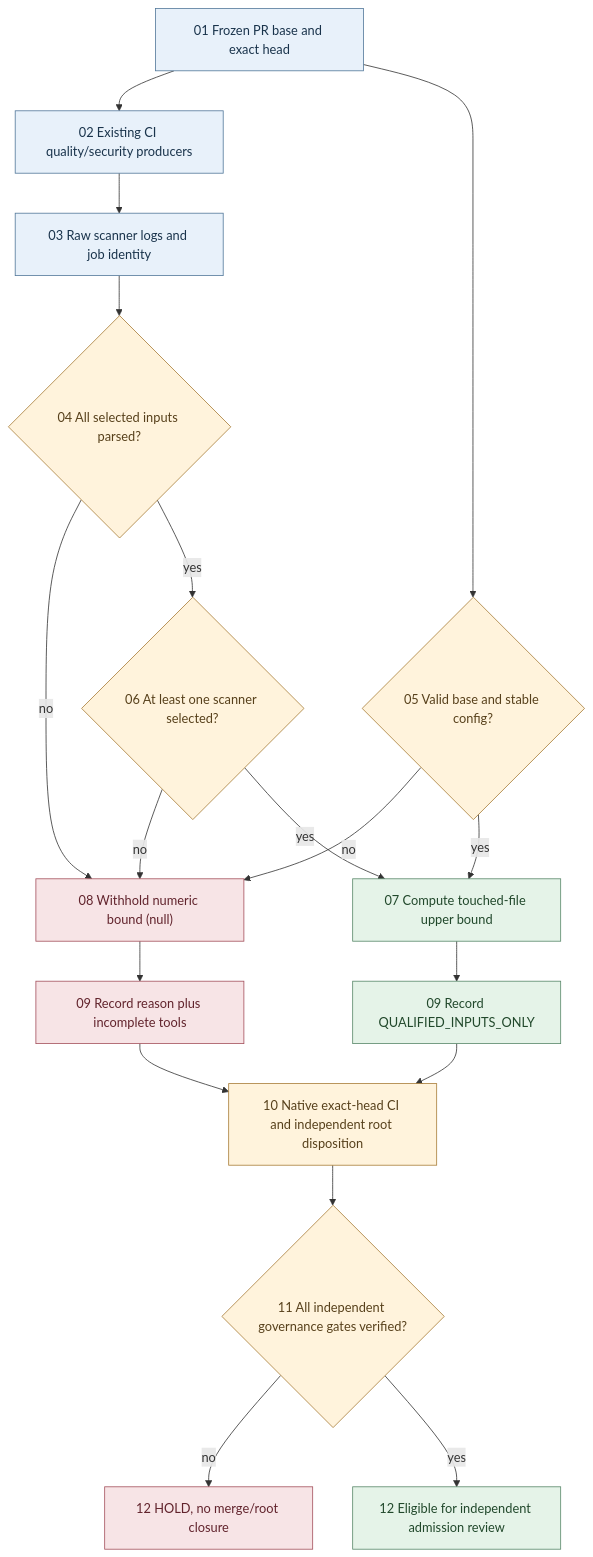
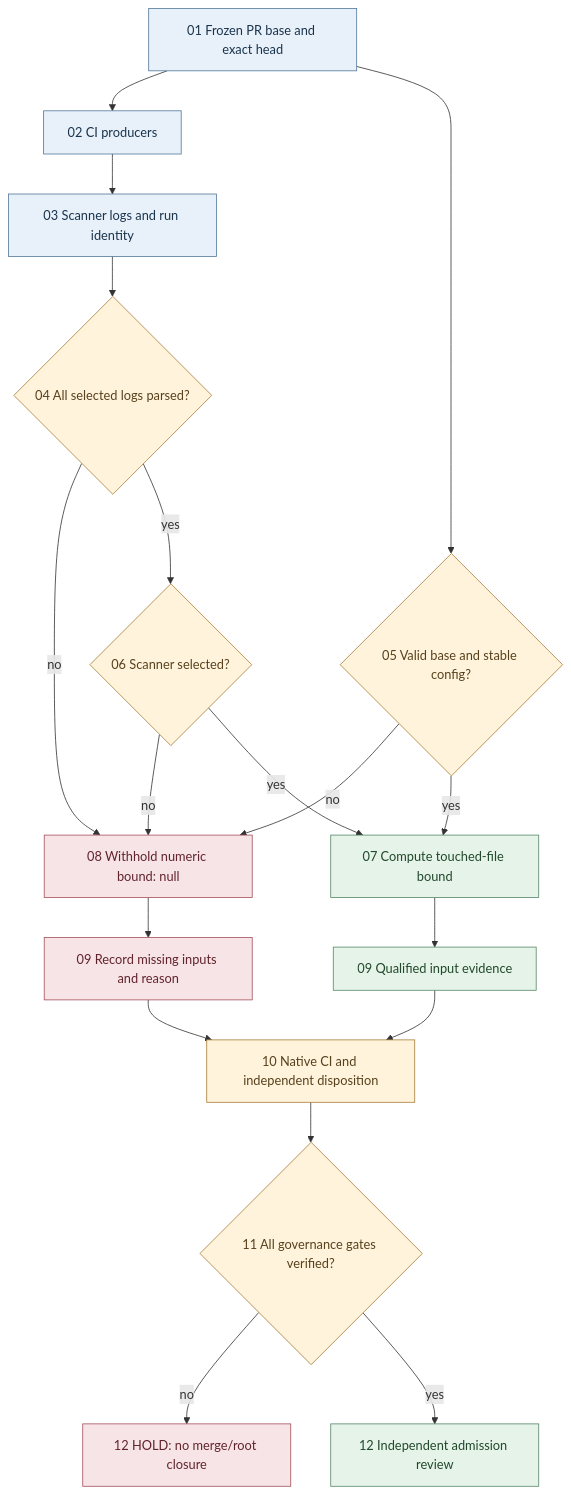
The diagram in docs/ci/MIP_W74_EVIDENCE_DAG_SIPOC.md (GBOGEB/ABACUS), drawn with Mermaid before and after one commit. The commit also changed other lines of this file, not shown here.

````diff
--- a/docs/ci/MIP_W74_EVIDENCE_DAG_SIPOC.md
+++ b/docs/ci/MIP_W74_EVIDENCE_DAG_SIPOC.md
@@ -9,28 +11,28 @@
 ```mermaid
 flowchart TD
-  A["01 Frozen PR base and exact head"] --> B["02 Existing CI quality/security producers"]
-  B --> C["03 Raw scanner logs and job identity"]
-  C --> D{"04 All selected inputs parsed?"}
+  A["01 Frozen PR base and exact head"] --> B["02 CI producers"]
+  B --> C["03 Scanner logs and run identity"]
+  C --> D{"04 All selected logs parsed?"}
   A --> E{"05 Valid base and stable config?"}
-  D -- no --> U["08 Withhold numeric bound (null)"]
+  D -- no --> U["08 Withhold numeric bound: null"]
   E -- no --> U
-  D -- yes --> F{"06 At least one scanner selected?"}
+  D -- yes --> F{"06 Scanner selected?"}
   F -- no --> U
-  F -- yes --> G["07 Compute touched-file upper bound"]
+  F -- yes --> G["07 Compute touched-file bound"]
   E -- yes --> G
-  G --> H["09 Record QUALIFIED_INPUTS_ONLY"]
-  U --> H2["09 Record reason plus incomplete tools"]
-  H --> I["10 Native exact-head CI and independent root disposition"]
+  G --> H["09 Qualified input evidence"]
+  U --> H2["09 Record missing inputs and reason"]
+  H --> I["10 Native CI and independent disposition"]
   H2 --> I
-  I --> J{"11 All independent governance gates verified?"}
-  J -- no --> K["12 HOLD, no merge/root closure"]
-  J -- yes --> L["12 Eligible for independent admission review"]
-  classDef source fill:#e8f1fa,stroke:#53789a,color:#19334b;
+  I --> J{"11 All governance gates verified?"}
+  J -- no --> K["12 HOLD: no merge/root closure"]
+  J -- yes --> L["12 Independent admission review"]
+  classDef src fill:#e8f1fa,stroke:#53789a,color:#19334b;
   classDef input fill:#fff3dc,stroke:#a87d38,color:#57401b;
   classDef blocked fill:#f7e4e6,stroke:#a4505c,color:#61232c;
-  classDef passed fill:#e5f3e8,stroke:#588769,color:#21482b;
-  class A,B,C source;
+  classDef pass fill:#e5f3e8,stroke:#588769,color:#21482b;
+  class A,B,C src;
   class D,E,F,I,J input;
   class U,H2,K blocked;
-  class G,H,L passed;
+  class G,H,L pass;
 ```
````
